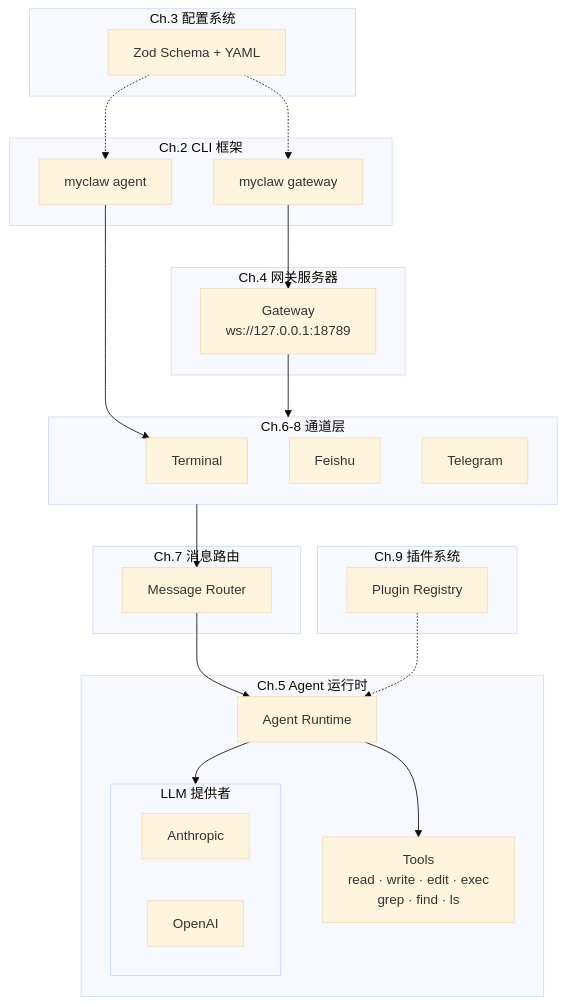
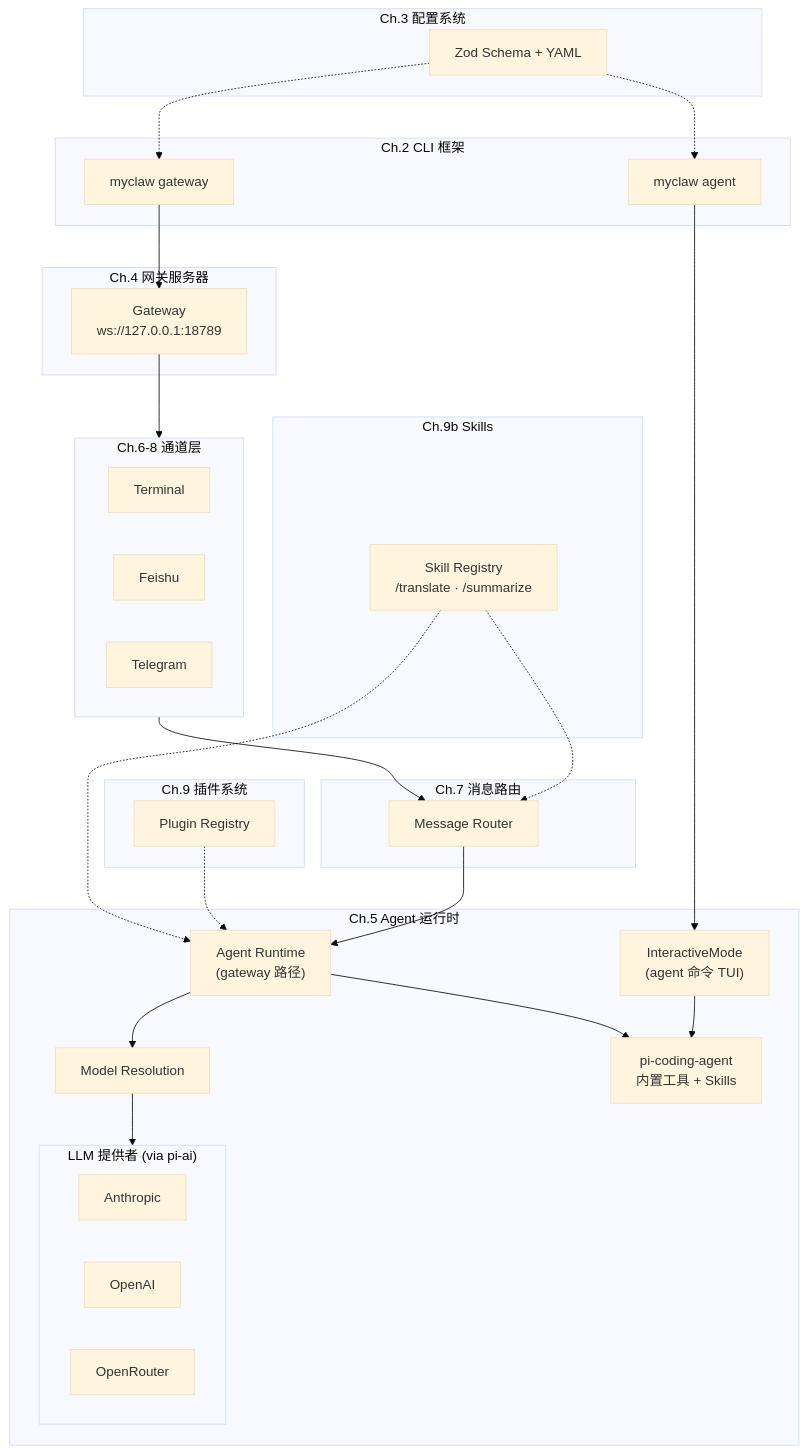
One commit to oujingzhou/build-your-own-openclaw changed the first of 2 diagrams in README.md. Above: the diagram before and after it, drawn with Mermaid (base theme). The commit also changed other lines of this file and 32 other files, not shown here.

````diff
--- a/README.md
+++ b/README.md
@@ -58,46 +61,56 @@
 ```mermaid
 graph TB
     subgraph Ch02["Ch.2 CLI 框架"]
         CMD_AGENT["myclaw agent"]
         CMD_GW["myclaw gateway"]
     end
 
     subgraph Ch03["Ch.3 配置系统"]
         CONFIG["Zod Schema + YAML"]
     end
 
     subgraph Ch04["Ch.4 网关服务器"]
         GW["Gateway<br/>ws://127.0.0.1:18789"]
     end
 
     subgraph Ch06["Ch.6-8 通道层"]
         TERM["Terminal"]
         FEISHU["Feishu"]
         TELEGRAM["Telegram"]
     end
 
     subgraph Ch07["Ch.7 消息路由"]
         ROUTER["Message Router"]
     end
 
     subgraph Ch05["Ch.5 Agent 运行时"]
-        AGENT["Agent Runtime"]
-        TOOLS["Tools<br/>read · write · edit · exec<br/>grep · find · ls"]
-        subgraph LLM["LLM 提供者"]
+        AGENT["Agent Runtime<br/>(gateway 路径)"]
+        AGENT_CMD["InteractiveMode<br/>(agent 命令 TUI)"]
+        MODEL["Model Resolution"]
+        PI_MONO["pi-coding-agent<br/>内置工具 + Skills"]
+        subgraph LLM["LLM 提供者 (via pi-ai)"]
             ANTHROPIC["Anthropic"]
             OPENAI["OpenAI"]
+            OPENROUTER["OpenRouter"]
         end
     end
 
     subgraph Ch09["Ch.9 插件系统"]
         PLUGINS["Plugin Registry"]
     end
 
+    subgraph Ch09b["Ch.9b Skills"]
+        SKILLS["Skill Registry<br/>/translate · /summarize"]
+    end
+
     CONFIG -.-> CMD_AGENT & CMD_GW
-    CMD_AGENT --> TERM
+    CMD_AGENT --> AGENT_CMD
+    AGENT_CMD --> PI_MONO
     CMD_GW --> GW --> Ch06
     Ch06 --> ROUTER --> AGENT
-    AGENT --> LLM
-    AGENT --> TOOLS
+    AGENT --> MODEL --> LLM
+    AGENT --> PI_MONO
     PLUGINS -.-> AGENT
+    SKILLS -.-> ROUTER
+    SKILLS -.-> AGENT
 ```
````
